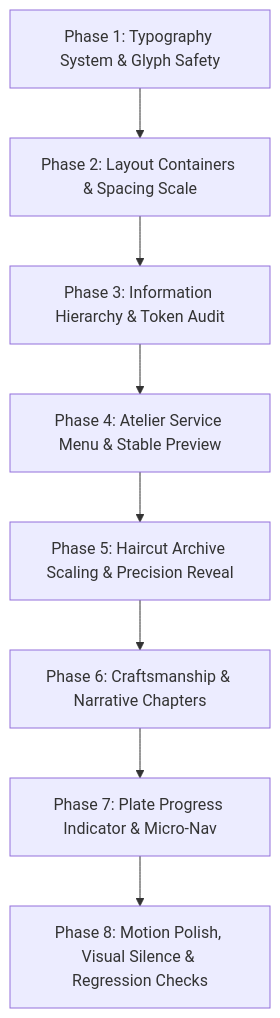
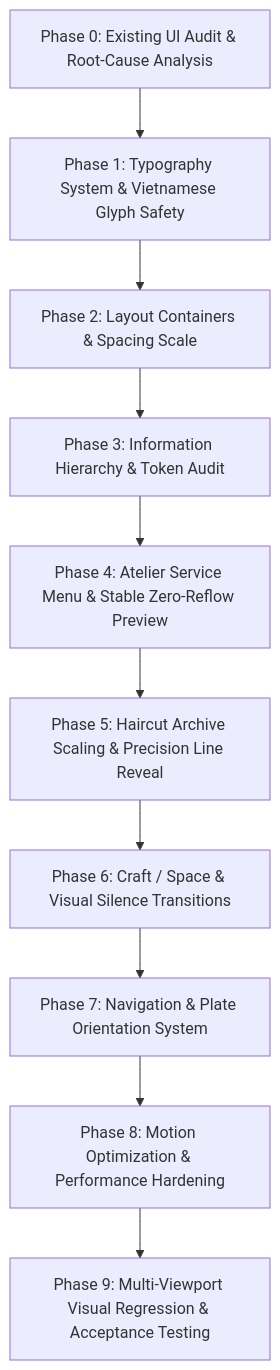
The diagram in docs/superpowers/specs/2026-08-20-editorial-barber-refinement-design.md (manhdung3010/barber-shop), drawn with Mermaid before and after one commit. The commit also changed other lines of this file, not shown here.

Commit message:
docs: refine design spec with phase 0 audit and strict engineering constraints

````diff
--- a/docs/superpowers/specs/2026-08-20-editorial-barber-refinement-design.md
+++ b/docs/superpowers/specs/2026-08-20-editorial-barber-refinement-design.md
@@ -121,10 +135,12 @@
 ```mermaid
 graph TD
-    P1[Phase 1: Typography System & Glyph Safety] --> P2[Phase 2: Layout Containers & Spacing Scale]
+    P0[Phase 0: Existing UI Audit & Root-Cause Analysis] --> P1[Phase 1: Typography System & Vietnamese Glyph Safety]
+    P1 --> P2[Phase 2: Layout Containers & Spacing Scale]
     P2 --> P3[Phase 3: Information Hierarchy & Token Audit]
-    P3 --> P4[Phase 4: Atelier Service Menu & Stable Preview]
-    P4 --> P5[Phase 5: Haircut Archive Scaling & Precision Reveal]
-    P5 --> P6[Phase 6: Craftsmanship & Narrative Chapters]
-    P6 --> P7[Phase 7: Plate Progress Indicator & Micro-Nav]
-    P7 --> P8[Phase 8: Motion Polish, Visual Silence & Regression Checks]
+    P3 --> P4[Phase 4: Atelier Service Menu & Stable Zero-Reflow Preview]
+    P4 --> P5[Phase 5: Haircut Archive Scaling & Precision Line Reveal]
+    P5 --> P6[Phase 6: Craft / Space & Visual Silence Transitions]
+    P6 --> P7[Phase 7: Navigation & Plate Orientation System]
+    P7 --> P8[Phase 8: Motion Optimization & Performance Hardening]
+    P8 --> P9[Phase 9: Multi-Viewport Visual Regression & Acceptance Testing]
 ```
````
